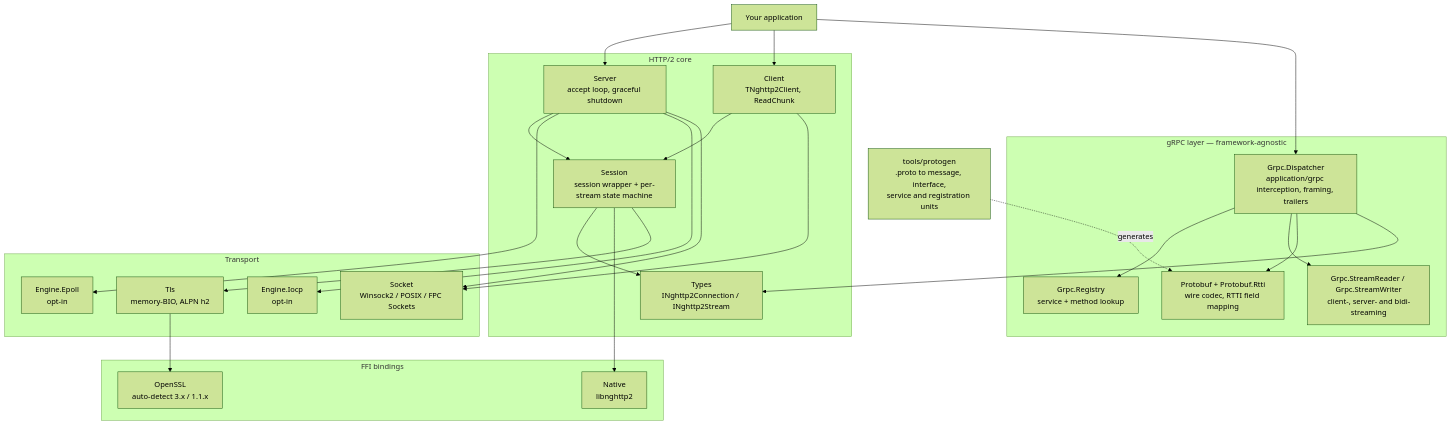
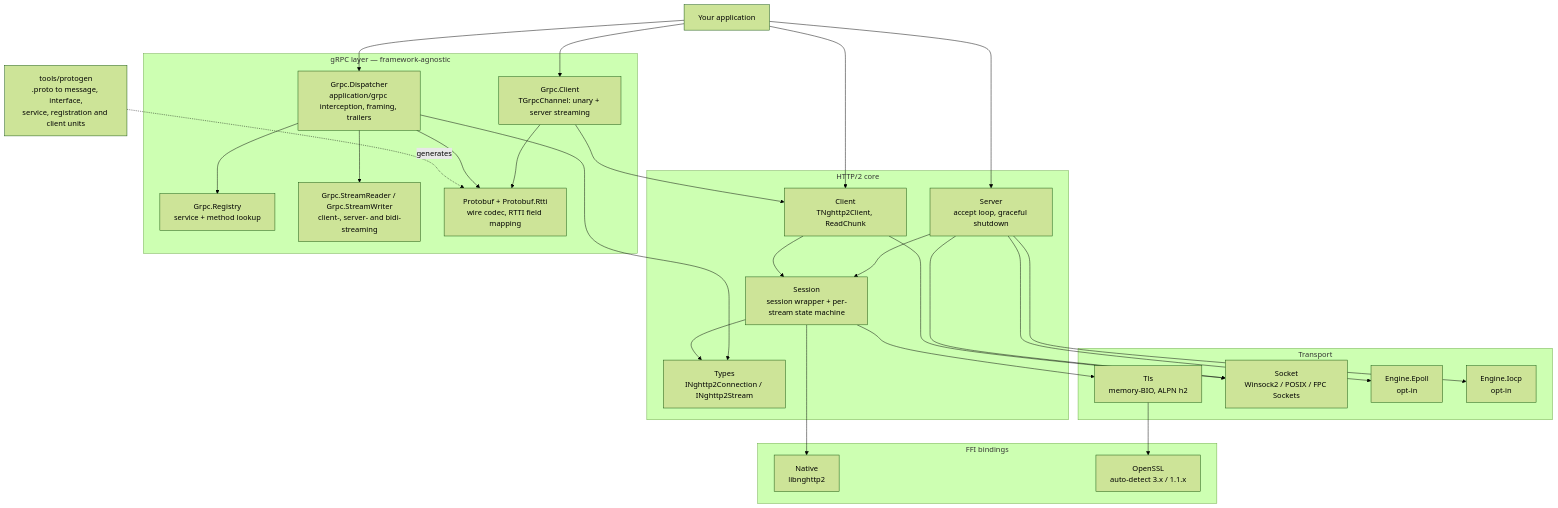
One commit to freitasjca/Delphi-nghttp2 changed the diagram in README.md. Above: the diagram before and after it, drawn with Mermaid (forest theme). The commit also changed other lines of this file and 3 other files, not shown here.

````diff
--- a/README.md
+++ b/README.md
@@ -32,51 +39,55 @@
 ```mermaid
 flowchart TB
     APP["Your application"]
 
     subgraph GRPC["gRPC layer — framework-agnostic"]
         DISP["Grpc.Dispatcher<br/>application/grpc interception, framing, trailers"]
         REG["Grpc.Registry<br/>service + method lookup"]
         STRM["Grpc.StreamReader / Grpc.StreamWriter<br/>client-, server- and bidi-streaming"]
+        GCLI["Grpc.Client<br/>TGrpcChannel: unary + server streaming"]
         CODEC["Protobuf + Protobuf.Rtti<br/>wire codec, RTTI field mapping"]
     end
 
     subgraph CORE["HTTP/2 core"]
         SERVER["Server<br/>accept loop, graceful shutdown"]
         CLIENT["Client<br/>TNghttp2Client, ReadChunk"]
         SESSION["Session<br/>session wrapper + per-stream state machine"]
         TYPES["Types<br/>INghttp2Connection / INghttp2Stream"]
     end
 
     subgraph TRANSPORT["Transport"]
         TLS["Tls<br/>memory-BIO, ALPN h2"]
         SOCK["Socket<br/>Winsock2 / POSIX / FPC Sockets"]
         EPOLL["Engine.Epoll<br/>opt-in"]
         IOCP["Engine.Iocp<br/>opt-in"]
     end
 
     subgraph FFI["FFI bindings"]
         NATIVE["Native<br/>libnghttp2"]
         OSSL["OpenSSL<br/>auto-detect 3.x / 1.1.x"]
     end
 
-    PROTOGEN["tools/protogen<br/>.proto to message, interface,<br/>service and registration units"]
+    PROTOGEN["tools/protogen<br/>.proto to message, interface,<br/>service, registration and client units"]
 
     APP --> SERVER
     APP --> CLIENT
     APP --> DISP
+    APP --> GCLI
+    GCLI --> CLIENT
+    GCLI --> CODEC
     DISP --> REG
     DISP --> STRM
     DISP --> CODEC
     DISP --> TYPES
     SERVER --> SESSION
     CLIENT --> SESSION
     SESSION --> TYPES
     SESSION --> NATIVE
     SESSION --> TLS
     SERVER --> EPOLL
     SERVER --> IOCP
     SERVER --> SOCK
     CLIENT --> SOCK
     TLS --> OSSL
     PROTOGEN -. generates .-> CODEC
 ```
````
